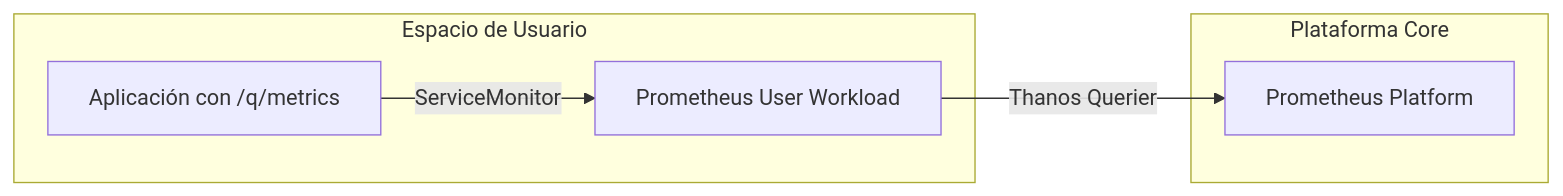
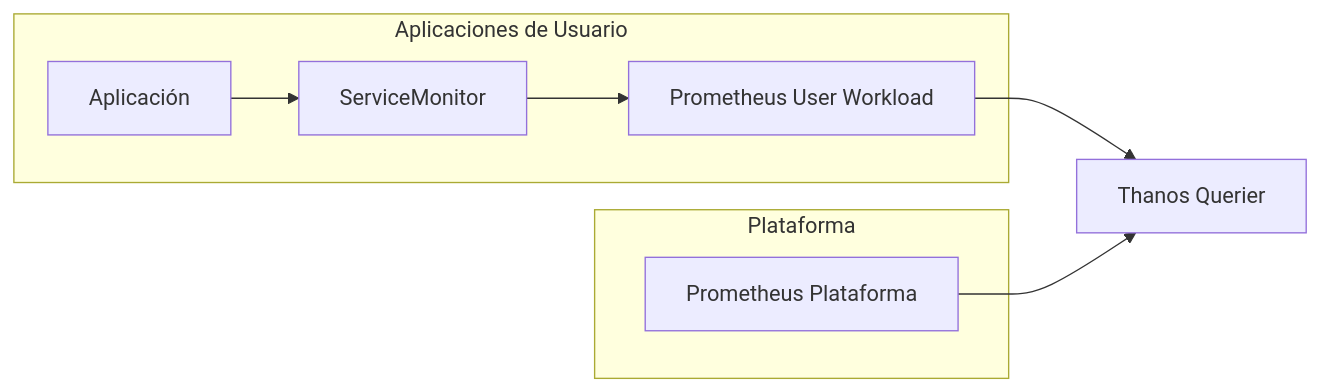
Before and after one commit to ieftraining/curso-openshift: the third of 3 diagrams in docs/sesion3/3.1 Metricas y cuadros de mando.md, drawn with Mermaid. The commit also changed other lines of this file, not shown here.

````diff
--- a/docs/sesion3/3.1 Metricas y cuadros de mando.md
+++ b/docs/sesion3/3.1 Metricas y cuadros de mando.md
@@ -137,10 +175,18 @@
 ```mermaid
 flowchart LR
-    subgraph "Plataforma Core"
-        A[Prometheus Platform]
+
+    subgraph Plataforma
+        A[Prometheus Plataforma]
     end
-    subgraph "Espacio de Usuario"
-        B[Aplicación con /q/metrics] -->|ServiceMonitor| C[Prometheus User Workload]
+
+    subgraph Aplicaciones de Usuario
+        B[Aplicación]
+        C[ServiceMonitor]
+        D[Prometheus User Workload]
     end
-    C -->|Thanos Querier| A
+
+    B --> C
+    C --> D
+    D --> E[Thanos Querier]
+    A --> E
 ```
````
